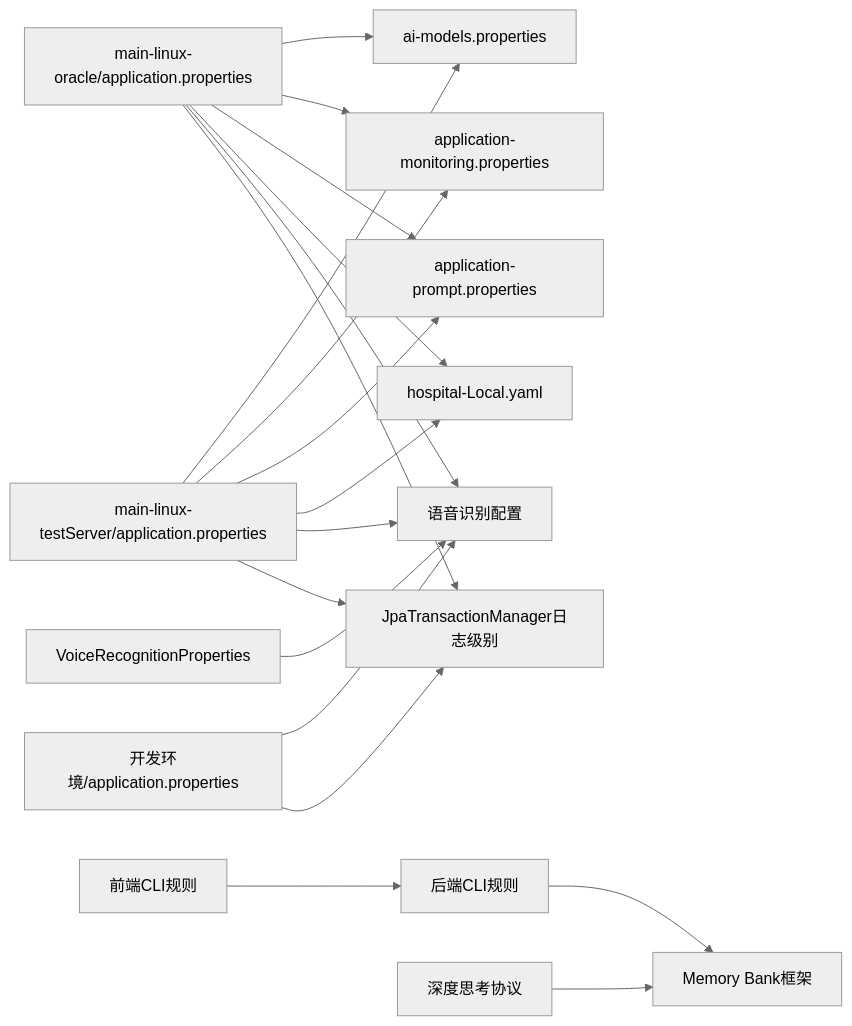
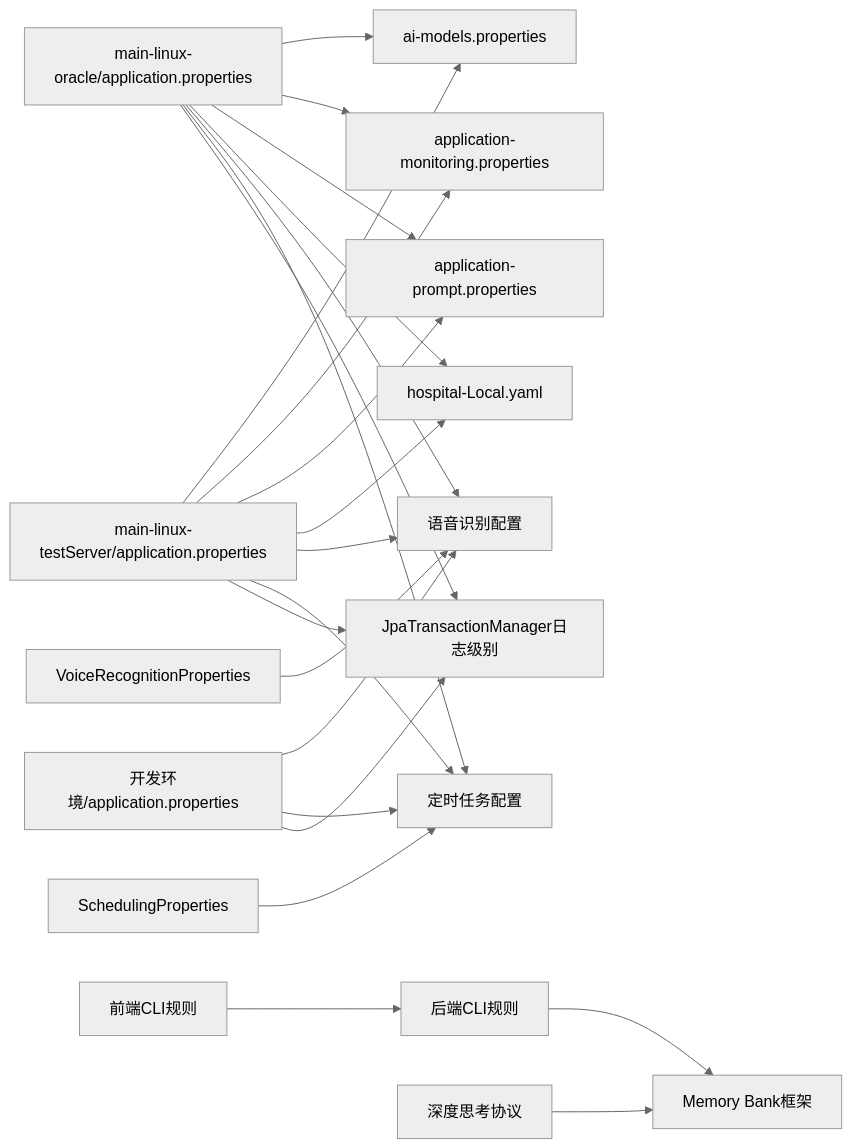
The third of 3 diagrams in .qoder/repowiki/zh/content/配置管理/配置管理.md (liuzh2008/med_ai_assistant_workspace), drawn with Mermaid (neutral theme) before and after one commit. The commit also changed other lines of this file and 6 other files, not shown here.

````diff
--- a/.qoder/repowiki/zh/content/配置管理/配置管理.md
+++ b/.qoder/repowiki/zh/content/配置管理/配置管理.md
@@ -404,35 +516,41 @@
 ```mermaid
 graph LR
 ORA_APP["main-linux-oracle/application.properties"]
 TEST_APP["main-linux-testServer/application.properties"]
 DEV_APP["开发环境/application.properties"]
 AI_FILE["ai-models.properties"]
 MONITOR["application-monitoring.properties"]
 PROMPT["application-prompt.properties"]
 HOSP["hospital-Local.yaml"]
 VOICE_CLASS["VoiceRecognitionProperties"]
+SCHEDULING_CLASS["SchedulingProperties"]
 VOICE_CONFIG["语音识别配置"]
+SCHEDULING_CONFIG["定时任务配置"]
 TXN_LEVEL["JpaTransactionManager日志级别"]
 CLI_BACKEND["后端CLI规则"]
 CLI_FRONTEND["前端CLI规则"]
 MEMORY_BANK["Memory Bank框架"]
 THINK_PROTOCOL["深度思考协议"]
 ORA_APP --> AI_FILE
 TEST_APP --> AI_FILE
 ORA_APP --> MONITOR
 TEST_APP --> MONITOR
 ORA_APP --> PROMPT
 TEST_APP --> PROMPT
 ORA_APP --> HOSP
 TEST_APP --> HOSP
 ORA_APP --> VOICE_CONFIG
 TEST_APP --> VOICE_CONFIG
 DEV_APP --> VOICE_CONFIG
 VOICE_CLASS --> VOICE_CONFIG
+ORA_APP --> SCHEDULING_CONFIG
+TEST_APP --> SCHEDULING_CONFIG
+DEV_APP --> SCHEDULING_CONFIG
+SCHEDULING_CLASS --> SCHEDULING_CONFIG
 ORA_APP --> TXN_LEVEL
 TEST_APP --> TXN_LEVEL
 DEV_APP --> TXN_LEVEL
 CLI_BACKEND --> MEMORY_BANK
 CLI_FRONTEND --> CLI_BACKEND
 THINK_PROTOCOL --> MEMORY_BANK
 ```
````
